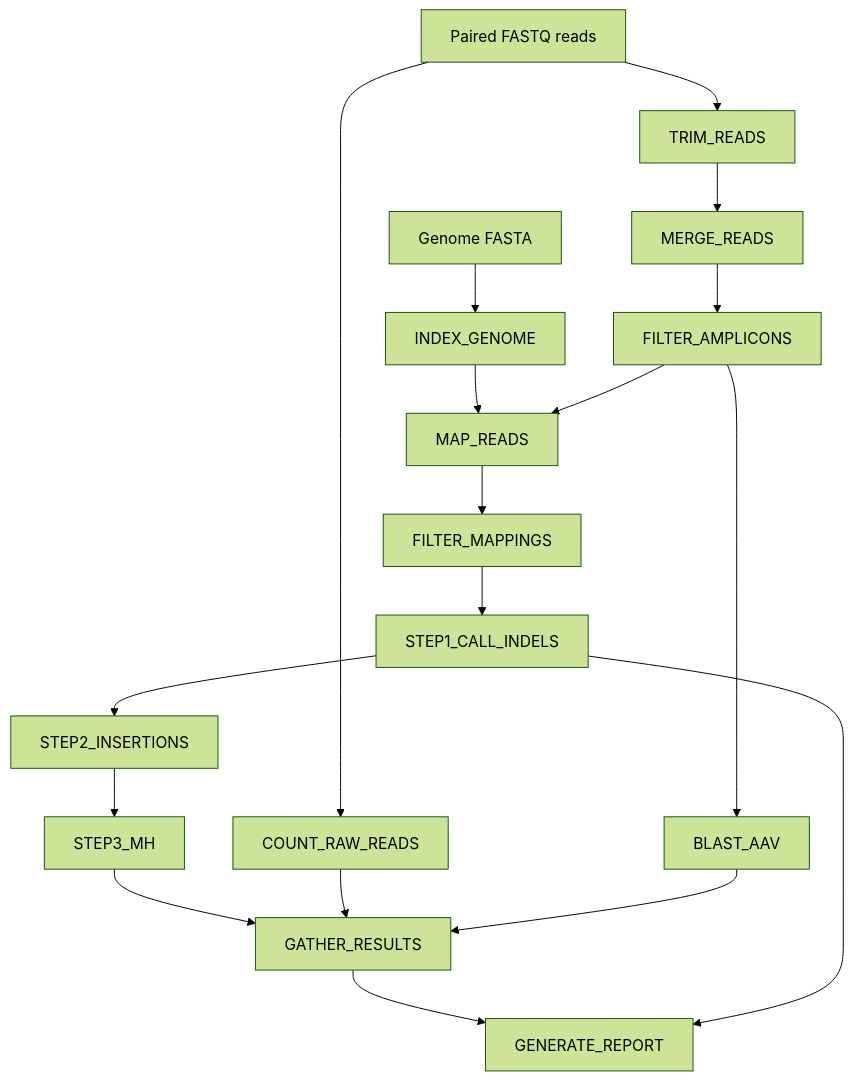
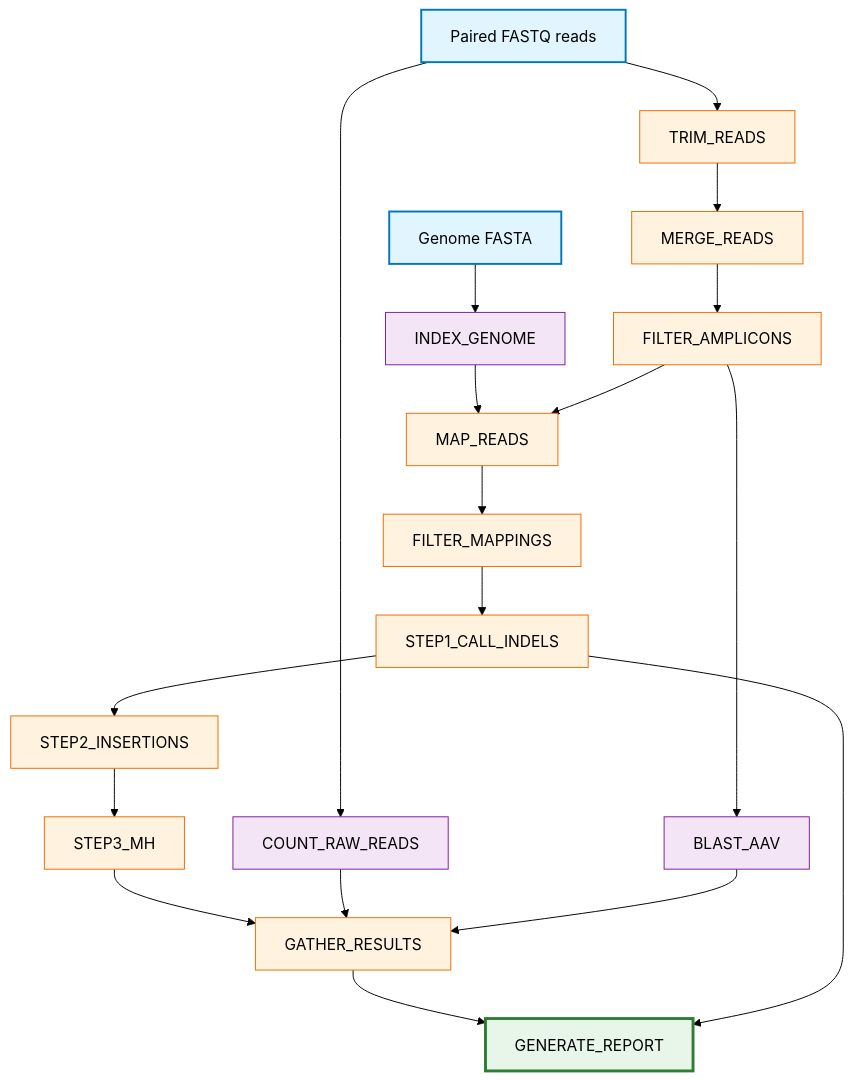
Before and after one commit to bilbaom/CAAVIAR: the diagram in README.md, drawn with Mermaid (forest theme).

Commit message:
Readme update

````diff
--- a/README.md
+++ b/README.md
@@ -11,51 +11,62 @@
 ```mermaid
 flowchart TB
 
     %% Inputs
     reads["Paired FASTQ reads"]
     genome["Genome FASTA"]
 
     %% Core pipeline
     COUNT_RAW["COUNT_RAW_READS"]
     TRIM["TRIM_READS"]
     MERGE["MERGE_READS"]
     FILTER_AMP["FILTER_AMPLICONS"]
     INDEX["INDEX_GENOME"]
     MAP["MAP_READS"]
     FILTER_MAP["FILTER_MAPPINGS"]
     BLAST["BLAST_AAV"]
 
     STEP1["STEP1_CALL_INDELS"]
     STEP2["STEP2_INSERTIONS"]
     STEP3["STEP3_MH"]
     GATHER["GATHER_RESULTS"]
     REPORT["GENERATE_REPORT"]
 
     %% Flow
     reads --> COUNT_RAW
     reads --> TRIM
     TRIM --> MERGE
     MERGE --> FILTER_AMP
 
     genome --> INDEX
     INDEX --> MAP
 
     FILTER_AMP --> MAP
     MAP --> FILTER_MAP
 
     %% Branch: indels
     FILTER_MAP --> STEP1
     STEP1 --> STEP2
     STEP2 --> STEP3
 
     %% Branch: AAV blast
     FILTER_AMP --> BLAST
 
     %% Merge results
     STEP3 --> GATHER
     COUNT_RAW --> GATHER
     BLAST --> GATHER
     GATHER --> REPORT
     STEP1 --> REPORT
 
+    %% Styling
+    classDef inputStyle fill:#e1f5fe,stroke:#0277bd,stroke-width:2px
+    classDef processStyle fill:#fff3e0,stroke:#ef6c00
+    classDef branchStyle fill:#f3e5f5,stroke:#7b1fa2
+    classDef finalStyle fill:#e8f5e9,stroke:#2e7d32,stroke-width:3px
+
+    class reads,genome inputStyle
+    class TRIM,MERGE,FILTER_AMP,STEP1,STEP2,STEP3,MAP,FILTER_MAP,GATHER processStyle
+    class COUNT_RAW,BLAST,INDEX branchStyle
+    class REPORT finalStyle
+
 ```
````
